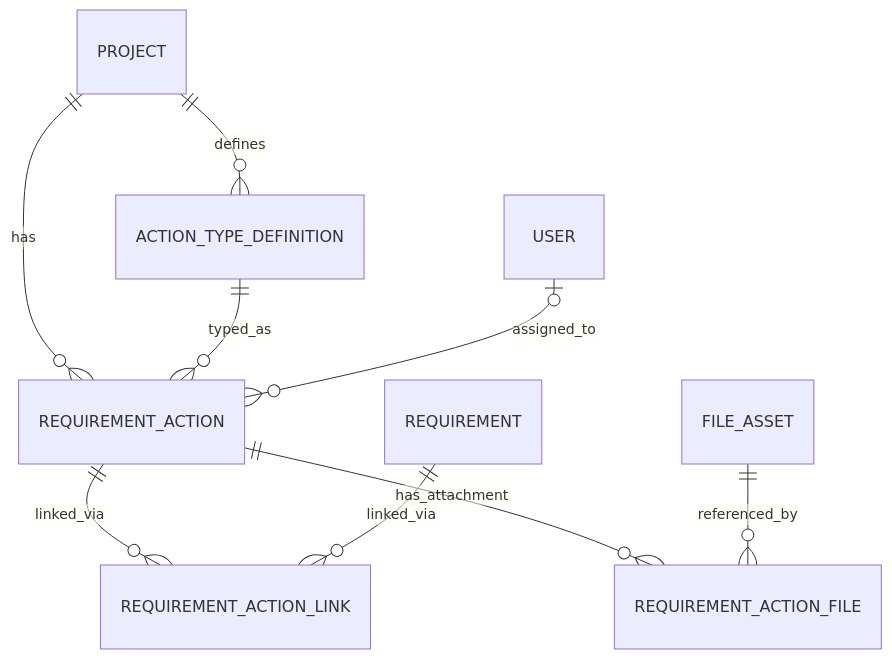
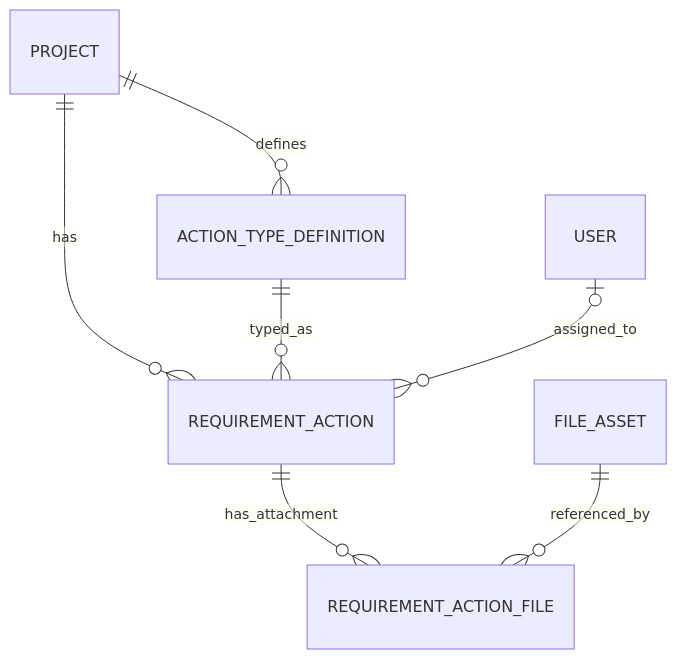
Before and after one commit to ballardr/reqtrackmanager: the sixth of 9 diagrams in docs/solution-architecture.md, drawn with Mermaid. The commit also changed other lines of this file and 38 other files, not shown here.

````diff
--- a/docs/solution-architecture.md
+++ b/docs/solution-architecture.md
@@ -431,11 +434,9 @@
 ```mermaid
 erDiagram
     PROJECT ||--o{ ACTION_TYPE_DEFINITION : defines
     PROJECT ||--o{ REQUIREMENT_ACTION : has
     ACTION_TYPE_DEFINITION ||--o{ REQUIREMENT_ACTION : typed_as
     USER |o--o{ REQUIREMENT_ACTION : assigned_to
-    REQUIREMENT_ACTION ||--o{ REQUIREMENT_ACTION_LINK : linked_via
-    REQUIREMENT ||--o{ REQUIREMENT_ACTION_LINK : linked_via
     REQUIREMENT_ACTION ||--o{ REQUIREMENT_ACTION_FILE : has_attachment
     FILE_ASSET ||--o{ REQUIREMENT_ACTION_FILE : referenced_by
 ```
````
